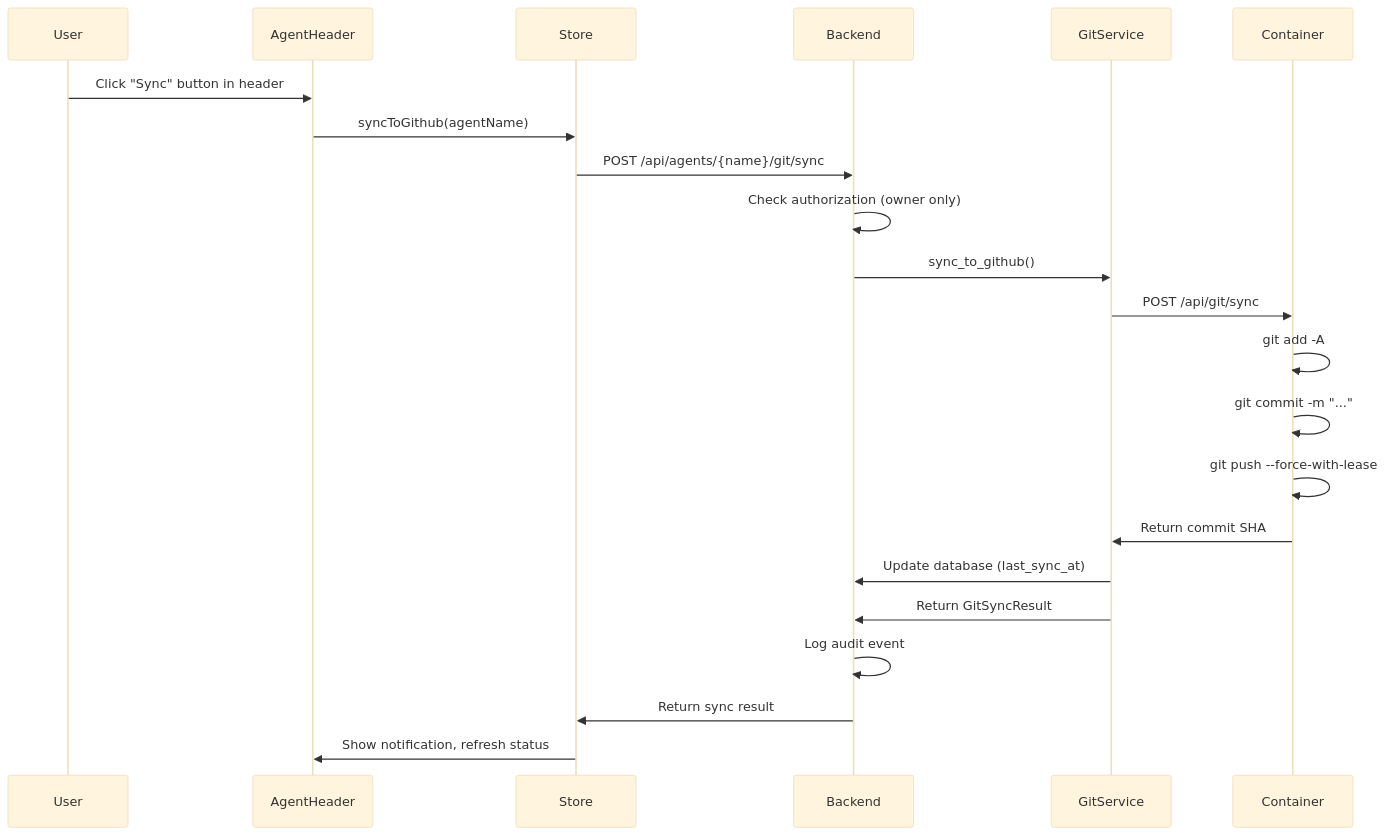
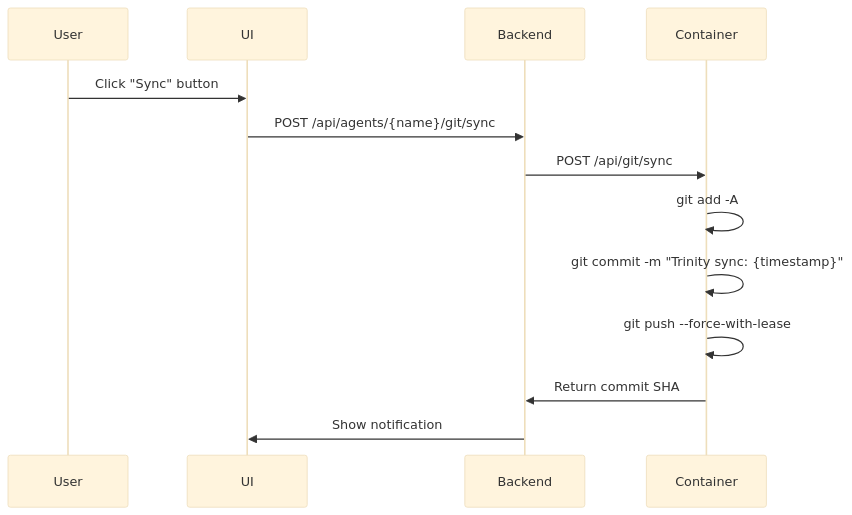
One commit to webmixgamer/trinity changed the second of 2 diagrams in docs/memory/feature-flows/github-sync.md. Above: the diagram before and after it, drawn with Mermaid (base theme). The commit also changed other lines of this file and 21 other files, not shown here.

First line of the commit message:
Add Source Mode for GitHub sync (pull-only from main branch)

````diff
--- a/docs/memory/feature-flows/github-sync.md
+++ b/docs/memory/feature-flows/github-sync.md
@@ -56,25 +147,16 @@
 ```mermaid
 sequenceDiagram
     participant User
-    participant AgentHeader
-    participant Store
+    participant UI
     participant Backend
-    participant GitService
     participant Container
 
-    User->>AgentHeader: Click "Sync" button in header
-    AgentHeader->>Store: syncToGithub(agentName)
-    Store->>Backend: POST /api/agents/{name}/git/sync
-    Backend->>Backend: Check authorization (owner only)
-    Backend->>GitService: sync_to_github()
-    GitService->>Container: POST /api/git/sync
+    User->>UI: Click "Sync" button
+    UI->>Backend: POST /api/agents/{name}/git/sync
+    Backend->>Container: POST /api/git/sync
     Container->>Container: git add -A
-    Container->>Container: git commit -m "..."
+    Container->>Container: git commit -m "Trinity sync: {timestamp}"
     Container->>Container: git push --force-with-lease
-    Container->>GitService: Return commit SHA
-    GitService->>Backend: Update database (last_sync_at)
-    GitService->>Backend: Return GitSyncResult
-    Backend->>Backend: Log audit event
-    Backend->>Store: Return sync result
-    Store->>AgentHeader: Show notification, refresh status
+    Container->>Backend: Return commit SHA
+    Backend->>UI: Show notification
 ```
````
